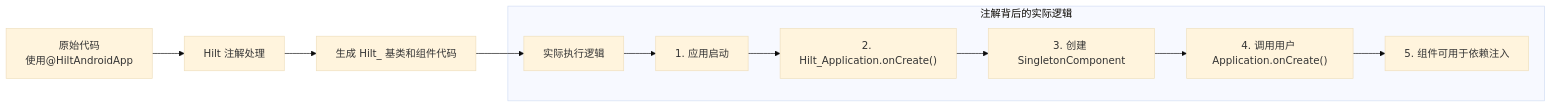
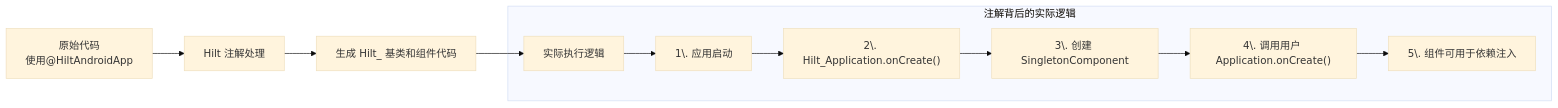
One commit to hyh19/codelab-android-hilt changed the fourth of 6 diagrams in study.ai/HiltAndroidApp.md. Above: the diagram before and after it, drawn with Mermaid (base theme).

````diff
--- a/study.ai/HiltAndroidApp.md
+++ b/study.ai/HiltAndroidApp.md
@@ -391,14 +391,14 @@
 ```mermaid
 flowchart LR
     A["原始代码<br>使用@HiltAndroidApp"] --> B["Hilt 注解处理"]
     B --> C["生成 Hilt_ 基类和组件代码"]
     C --> D["实际执行逻辑"]
     
     subgraph "注解背后的实际逻辑"
-    D --> D1["1. 应用启动"]
-    D1 --> D2["2. Hilt_Application.onCreate()"]
-    D2 --> D3["3. 创建 SingletonComponent"]
-    D3 --> D4["4. 调用用户 Application.onCreate()"]
-    D4 --> D5["5. 组件可用于依赖注入"]
+    D --> D1["1\. 应用启动"]
+    D1 --> D2["2\. Hilt_Application.onCreate()"]
+    D2 --> D3["3\. 创建 SingletonComponent"]
+    D3 --> D4["4\. 调用用户 Application.onCreate()"]
+    D4 --> D5["5\. 组件可用于依赖注入"]
     end
 ```
````
